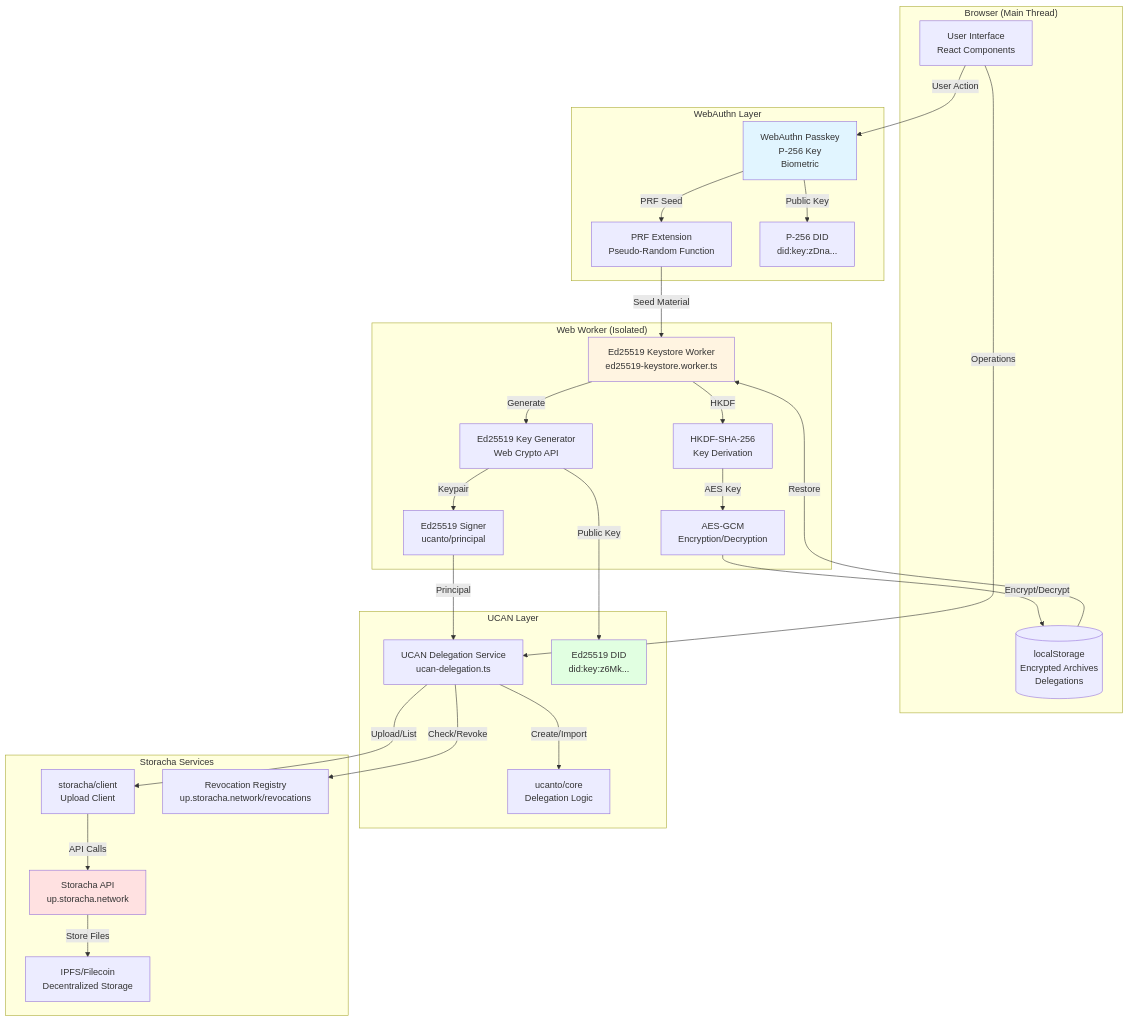
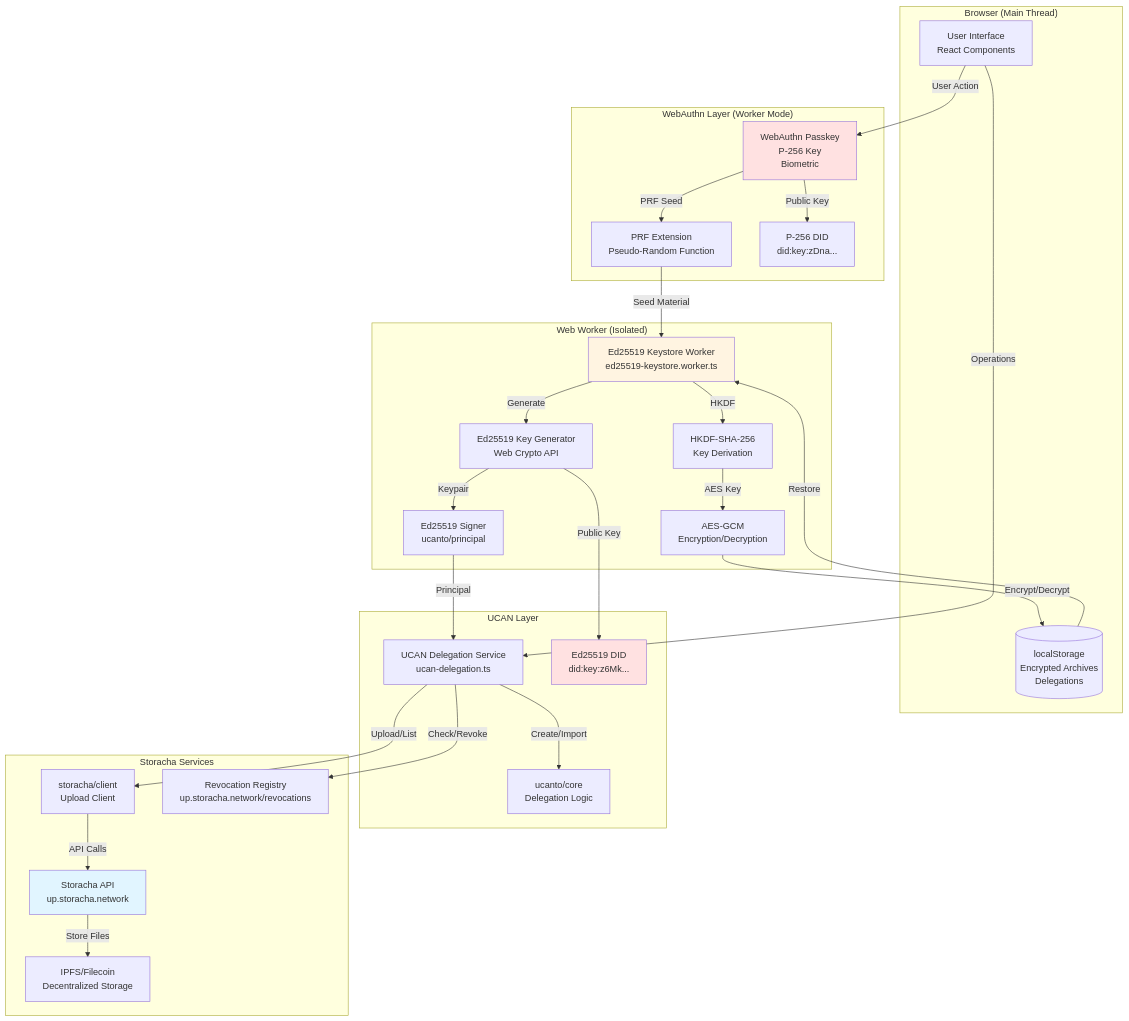
Before and after one commit to NiKrause/ucan-upload-wall: the first of 13 diagrams in docs/ARCHITECTURE_FLOW.md, drawn with Mermaid. The commit also changed other lines of this file and 20 other files, not shown here.

First line of the commit message:
feat: implement hardware-backed WebAuthn Ed25519 UCAN signing with varsig

````diff
--- a/docs/ARCHITECTURE_FLOW.md
+++ b/docs/ARCHITECTURE_FLOW.md
@@ -35,62 +55,62 @@
 ```mermaid
 graph TB
     subgraph "Browser (Main Thread)"
         UI[User Interface<br/>React Components]
         LocalStorage[(localStorage<br/>Encrypted Archives<br/>Delegations)]
     end
     
-    subgraph "WebAuthn Layer"
-        Passkey[WebAuthn Passkey<br/>P-256 Key<br/>Biometric]
+    subgraph "WebAuthn Layer (Worker Mode)"
+        PasskeyP256[WebAuthn Passkey<br/>P-256 Key<br/>Biometric]
         PRF[PRF Extension<br/>Pseudo-Random Function]
         P256DID[P-256 DID<br/>did:key:zDna...]
     end
     
     subgraph "Web Worker (Isolated)"
         Worker[Ed25519 Keystore Worker<br/>ed25519-keystore.worker.ts]
         HKDF[HKDF-SHA-256<br/>Key Derivation]
         AES[AES-GCM<br/>Encryption/Decryption]
         Ed25519Gen[Ed25519 Key Generator<br/>Web Crypto API]
         Signer[Ed25519 Signer<br/>ucanto/principal]
     end
     
     subgraph "UCAN Layer"
         DelegationService[UCAN Delegation Service<br/>ucan-delegation.ts]
         UcantoCore[ucanto/core<br/>Delegation Logic]
         Ed25519DID[Ed25519 DID<br/>did:key:z6Mk...]
     end
     
     subgraph "Storacha Services"
         StorachaClient[storacha/client<br/>Upload Client]
         StorachaAPI[Storacha API<br/>up.storacha.network]
         RevocationRegistry[Revocation Registry<br/>up.storacha.network/revocations]
         IPFS[IPFS/Filecoin<br/>Decentralized Storage]
     end
 
     %% Connections
-    UI -->|User Action| Passkey
-    Passkey -->|PRF Seed| PRF
+    UI -->|User Action| PasskeyP256
+    PasskeyP256 -->|PRF Seed| PRF
     PRF -->|Seed Material| Worker
     Worker -->|HKDF| HKDF
     HKDF -->|AES Key| AES
     Worker -->|Generate| Ed25519Gen
     Ed25519Gen -->|Keypair| Signer
     AES -->|Encrypt/Decrypt| LocalStorage
     LocalStorage -->|Restore| Worker
     
-    Passkey -->|Public Key| P256DID
+    PasskeyP256 -->|Public Key| P256DID
     Ed25519Gen -->|Public Key| Ed25519DID
     
     Signer -->|Principal| DelegationService
     DelegationService -->|Create/Import| UcantoCore
     DelegationService -->|Upload/List| StorachaClient
     StorachaClient -->|API Calls| StorachaAPI
     StorachaAPI -->|Store Files| IPFS
     DelegationService -->|Check/Revoke| RevocationRegistry
     
     UI -->|Operations| DelegationService
 
-    style Passkey fill:#e1f5ff
+    style PasskeyP256 fill:#ffe1e1
     style Worker fill:#fff4e1
-    style Ed25519DID fill:#e1ffe1
-    style StorachaAPI fill:#ffe1e1
+    style Ed25519DID fill:#ffe1e1
+    style StorachaAPI fill:#e1f5ff
 ```
````
